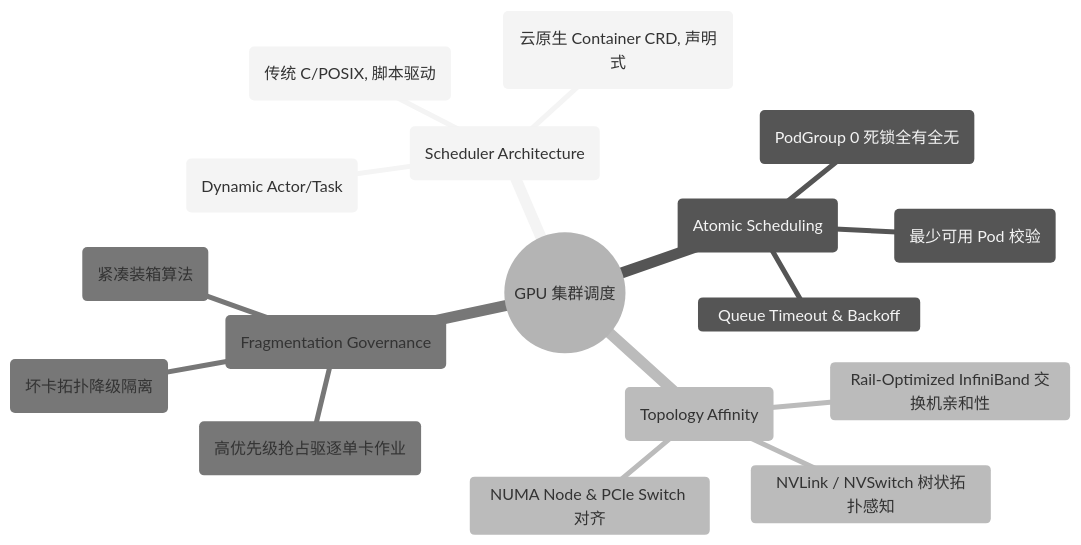
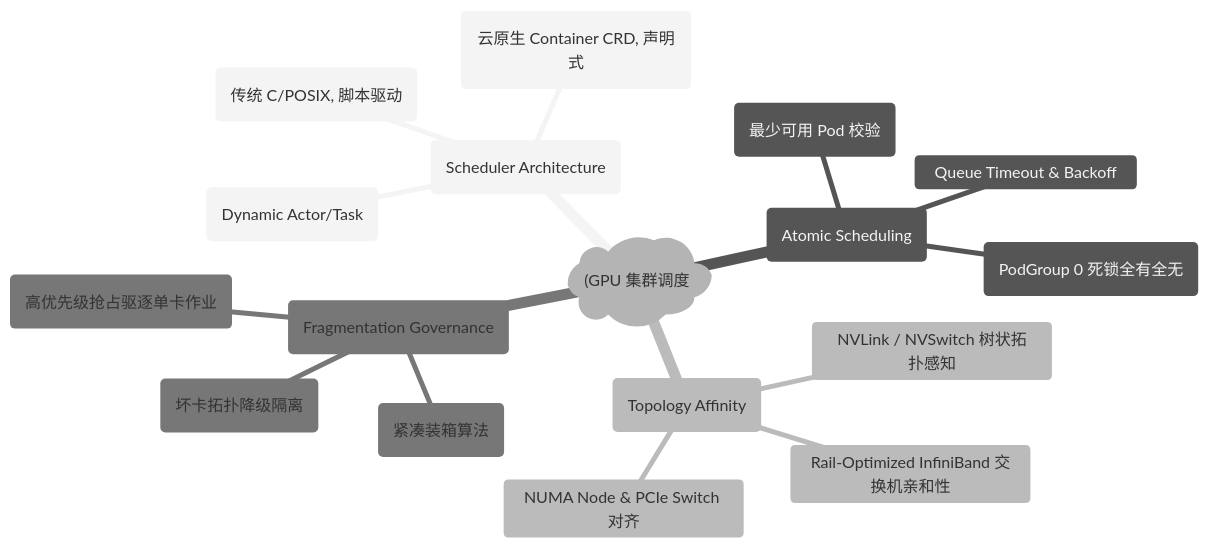
The second of 6 diagrams in docs/atlas/gpu-cluster-scheduling.mdx (koosai/AI-Architect-Learning), drawn with Mermaid (neutral theme) before and after one commit. The commit also changed other lines of this file and 187 other files, not shown here.

Commit message:
fix(mermaid): fix all unquoted parens and edge label syntax errors across all docs

````diff
--- a/docs/atlas/gpu-cluster-scheduling.mdx
+++ b/docs/atlas/gpu-cluster-scheduling.mdx
@@ -84,20 +84,20 @@
 ```mermaid
 mindmap
-  root((GPU 集群调度))
+  root("(GPU 集群调度"))
     调度架构选型 (Scheduler Architecture)
       Slurm HPC Batch Scheduler (传统 C/POSIX, 脚本驱动)
       Kubernetes + Volcano (云原生 Container CRD, 声明式)
       Ray Cluster Scheduler (Dynamic Actor/Task)
     原子调度机制 (Atomic Scheduling)
       Gang Scheduling (PodGroup 0 死锁全有全无)
       MinAvailable (最少可用 Pod 校验)
       Queue Timeout & Backoff
     拓扑感知与网络亲和 (Topology Affinity)
       NVLink / NVSwitch 树状拓扑感知
       NUMA Node & PCIe Switch 对齐
       Rail-Optimized InfiniBand 交换机亲和性
     碎片治理与抢占 (Fragmentation Governance)
       Bin-packing (紧凑装箱算法)
       Preemption (高优先级抢占驱逐单卡作业)
       Hardware Failure Isolation (坏卡拓扑降级隔离)
 ```
````
